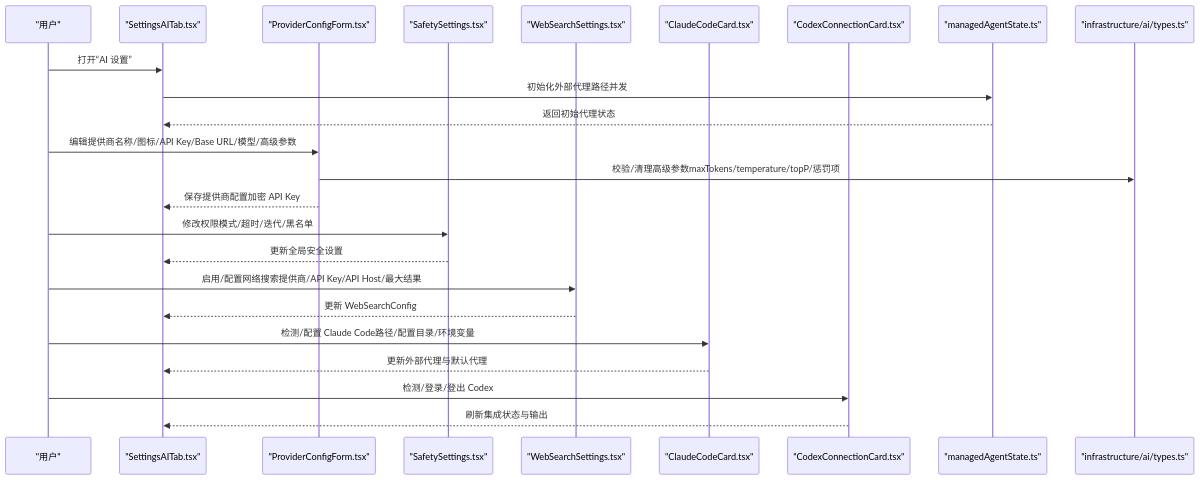
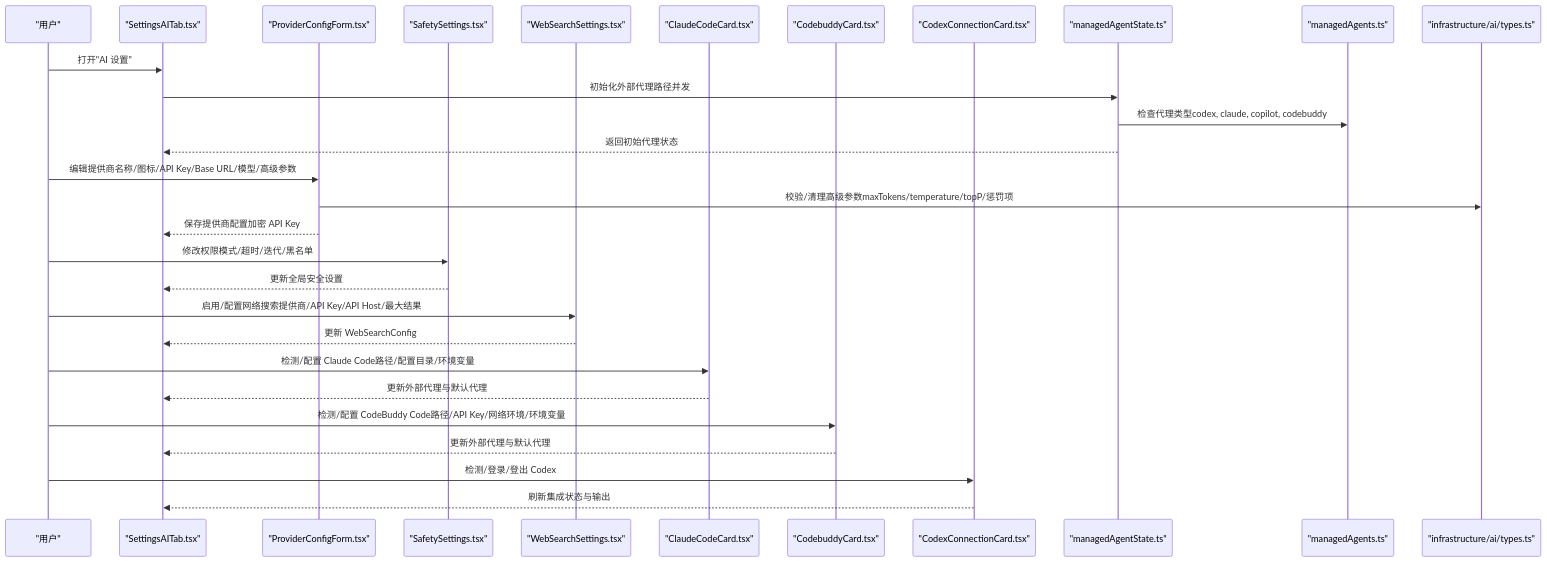
Before and after one commit to szeiyou/Netcatty: the second of 5 diagrams in .qoder/repowiki/zh/content/用户指南/设置和配置/AI设置.md, drawn with Mermaid. The commit also changed other lines of this file and 8 other files, not shown here.

````diff
--- a/.qoder/repowiki/zh/content/用户指南/设置和配置/AI设置.md
+++ b/.qoder/repowiki/zh/content/用户指南/设置和配置/AI设置.md
@@ -124,26 +132,31 @@
 ```mermaid
 sequenceDiagram
 participant U as "用户"
 participant T as "SettingsAITab.tsx"
 participant P as "ProviderConfigForm.tsx"
 participant S as "SafetySettings.tsx"
 participant W as "WebSearchSettings.tsx"
 participant C as "ClaudeCodeCard.tsx"
+participant CB as "CodebuddyCard.tsx"
 participant X as "CodexConnectionCard.tsx"
 participant M as "managedAgentState.ts"
+participant MA as "managedAgents.ts"
 participant I as "infrastructure/ai/types.ts"
-U->>T : 打开“AI 设置”
+U->>T : 打开"AI 设置"
 T->>M : 初始化外部代理路径并发
+M->>MA : 检查代理类型codex, claude, copilot, codebuddy
 M-->>T : 返回初始代理状态
 U->>P : 编辑提供商名称/图标/API Key/Base URL/模型/高级参数
 P->>I : 校验/清理高级参数maxTokens/temperature/topP/惩罚项
 P-->>T : 保存提供商配置加密 API Key
 U->>S : 修改权限模式/超时/迭代/黑名单
 S-->>T : 更新全局安全设置
 U->>W : 启用/配置网络搜索提供商/API Key/API Host/最大结果
 W-->>T : 更新 WebSearchConfig
 U->>C : 检测/配置 Claude Code路径/配置目录/环境变量
 C-->>T : 更新外部代理与默认代理
+U->>CB : 检测/配置 CodeBuddy Code路径/API Key/网络环境/环境变量
+CB-->>T : 更新外部代理与默认代理
 U->>X : 检测/登录/登出 Codex
 X-->>T : 刷新集成状态与输出
 ```
````
